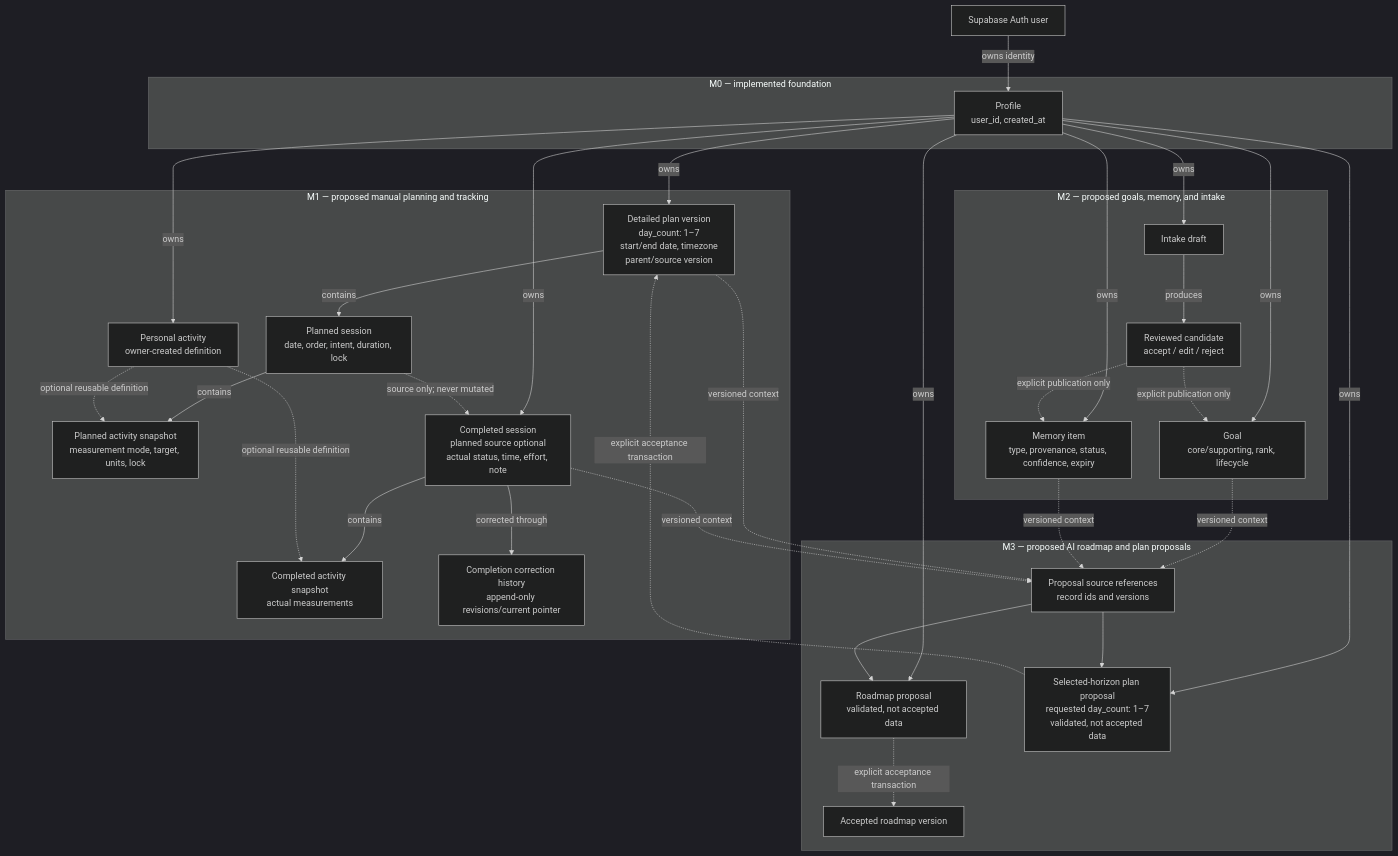
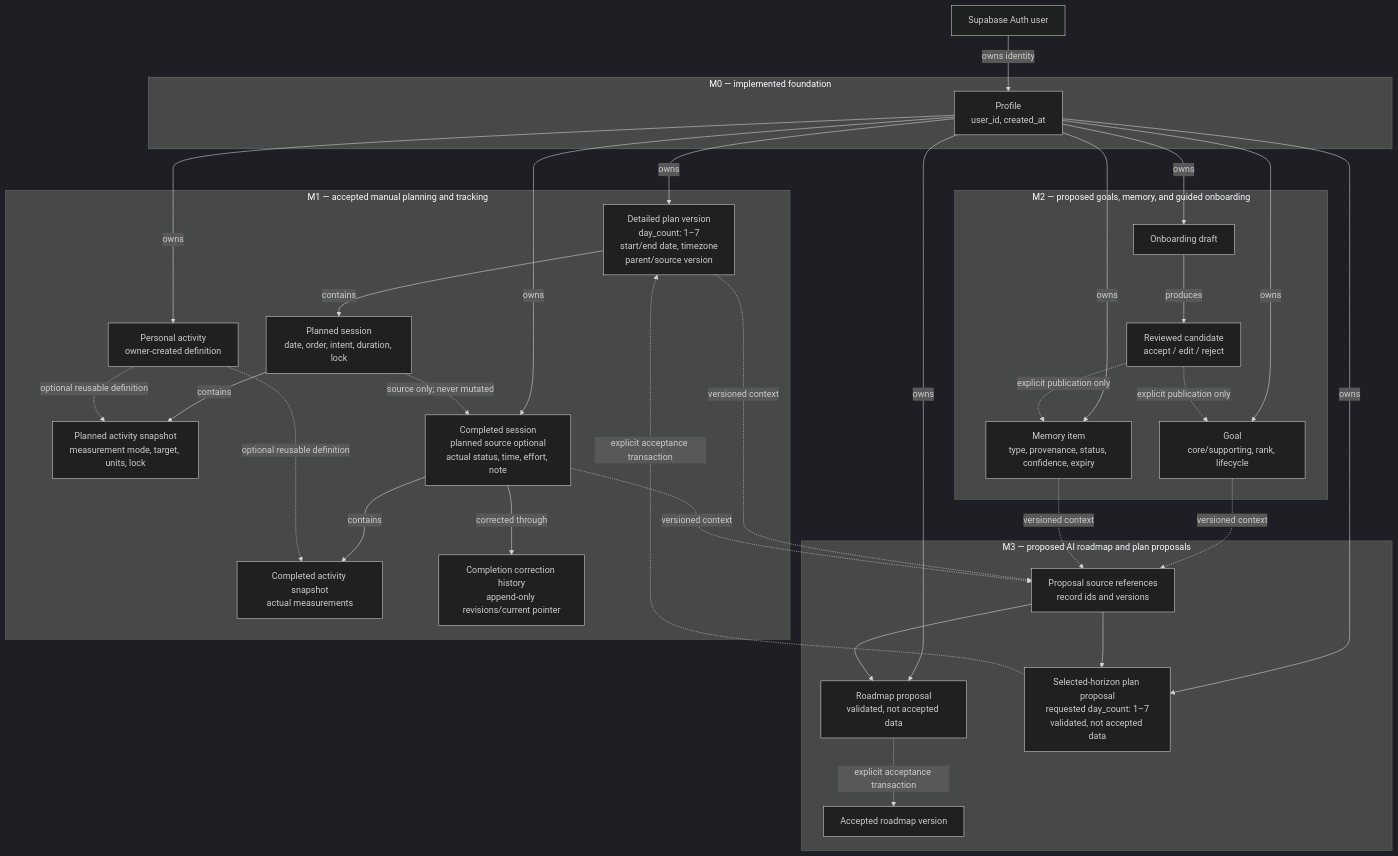
One commit to mattiss01/fittip changed the diagram in docs/product/DATA-MODEL-OVERVIEW.md. Above: the diagram before and after it, drawn with Mermaid (dark theme). The commit also changed other lines of this file and 13 other files, not shown here.

Commit message:
docs: define guided M2 onboarding and closeout

````diff
--- a/docs/product/DATA-MODEL-OVERVIEW.md
+++ b/docs/product/DATA-MODEL-OVERVIEW.md
@@ -10,65 +10,65 @@
 ```mermaid
 flowchart TB
   AUTH["Supabase Auth user"]
 
   subgraph M0["M0 — implemented foundation"]
     PROFILE["Profile<br/>user_id, created_at"]
   end
 
-  subgraph M1["M1 — proposed manual planning and tracking"]
+  subgraph M1["M1 — accepted manual planning and tracking"]
     ACTIVITY["Personal activity<br/>owner-created definition"]
     PLAN["Detailed plan version<br/>day_count: 1–7<br/>start/end date, timezone<br/>parent/source version"]
     SESSION["Planned session<br/>date, order, intent, duration, lock"]
     PLANNED_ACTIVITY["Planned activity snapshot<br/>measurement mode, target, units, lock"]
     COMPLETION["Completed session<br/>planned source optional<br/>actual status, time, effort, note"]
     COMPLETED_ACTIVITY["Completed activity snapshot<br/>actual measurements"]
     CORRECTION["Completion correction history<br/>append-only revisions/current pointer"]
   end
 
-  subgraph M2["M2 — proposed goals, memory, and intake"]
+  subgraph M2["M2 — proposed goals, memory, and guided onboarding"]
     GOAL["Goal<br/>core/supporting, rank, lifecycle"]
     MEMORY["Memory item<br/>type, provenance, status, confidence, expiry"]
-    INTAKE["Intake draft"]
+    INTAKE["Onboarding draft"]
     CANDIDATE["Reviewed candidate<br/>accept / edit / reject"]
   end
 
   subgraph M3["M3 — proposed AI roadmap and plan proposals"]
     ROADMAP_PROPOSAL["Roadmap proposal<br/>validated, not accepted data"]
     PLAN_PROPOSAL["Selected-horizon plan proposal<br/>requested day_count: 1–7<br/>validated, not accepted data"]
     PROPOSAL_SOURCE["Proposal source references<br/>record ids and versions"]
     ROADMAP_VERSION["Accepted roadmap version"]
   end
 
   AUTH -->|"owns identity"| PROFILE
 
   PROFILE -->|"owns"| ACTIVITY
   PROFILE -->|"owns"| PLAN
   PLAN -->|"contains"| SESSION
   SESSION -->|"contains"| PLANNED_ACTIVITY
   ACTIVITY -.->|"optional reusable definition"| PLANNED_ACTIVITY
 
   PROFILE -->|"owns"| COMPLETION
   SESSION -.->|"source only; never mutated"| COMPLETION
   COMPLETION -->|"contains"| COMPLETED_ACTIVITY
   ACTIVITY -.->|"optional reusable definition"| COMPLETED_ACTIVITY
   COMPLETION -->|"corrected through"| CORRECTION
 
   PROFILE -->|"owns"| GOAL
   PROFILE -->|"owns"| MEMORY
   PROFILE -->|"owns"| INTAKE
   INTAKE -->|"produces"| CANDIDATE
   CANDIDATE -.->|"explicit publication only"| GOAL
   CANDIDATE -.->|"explicit publication only"| MEMORY
 
   PROFILE -->|"owns"| ROADMAP_PROPOSAL
   PROFILE -->|"owns"| PLAN_PROPOSAL
   GOAL -.->|"versioned context"| PROPOSAL_SOURCE
   MEMORY -.->|"versioned context"| PROPOSAL_SOURCE
   PLAN -.->|"versioned context"| PROPOSAL_SOURCE
   COMPLETION -.->|"versioned context"| PROPOSAL_SOURCE
   PROPOSAL_SOURCE --> ROADMAP_PROPOSAL
   PROPOSAL_SOURCE --> PLAN_PROPOSAL
 
   ROADMAP_PROPOSAL -.->|"explicit acceptance transaction"| ROADMAP_VERSION
   PLAN_PROPOSAL -.->|"explicit acceptance transaction"| PLAN
 ```
````
